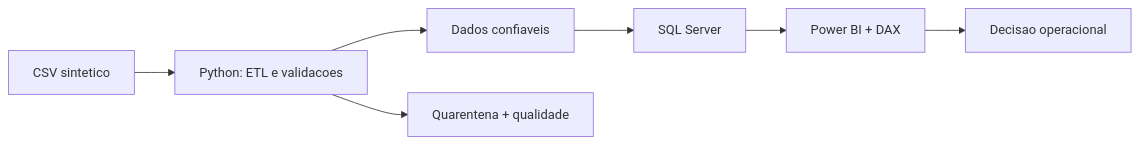
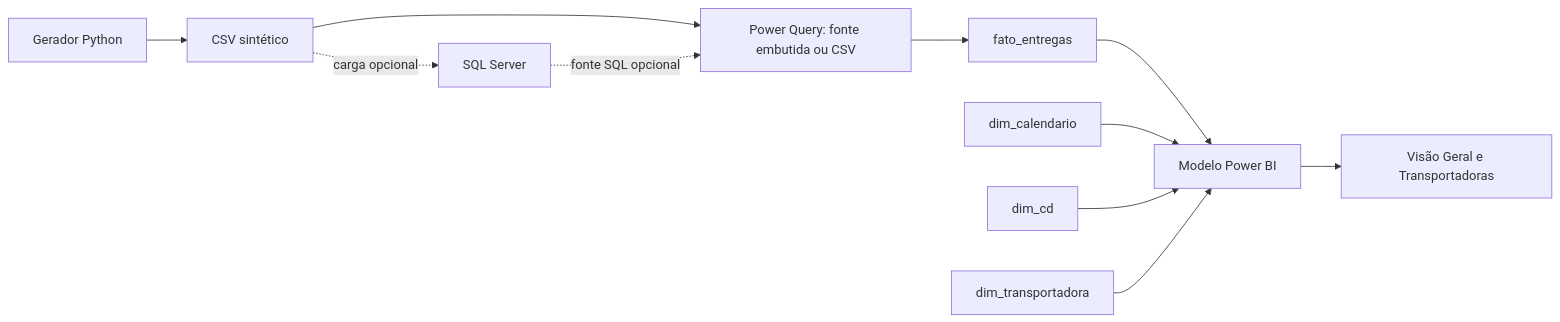
Before and after one commit to BrunoCosta-bi/last-mile-analytics: the diagram in README.md, drawn with Mermaid. The commit also changed other lines of this file and 163 other files, not shown here.

````diff
--- a/README.md
+++ b/README.md
@@ -11,9 +76,13 @@
 ```mermaid
 flowchart LR
-    A[CSV sintetico] --> B[Python: ETL e validacoes]
-    B --> C[Dados confiaveis]
-    B --> D[Quarentena + qualidade]
-    C --> E[SQL Server]
-    E --> F[Power BI + DAX]
-    F --> G[Decisao operacional]
+    A[Gerador Python] --> B[CSV sintético]
+    B --> C[Power Query: fonte embutida ou CSV]
+    B -. carga opcional .-> D[SQL Server]
+    D -. fonte SQL opcional .-> C
+    C --> E[fato_entregas]
+    E --> F[Modelo Power BI]
+    G[dim_calendario] --> F
+    H[dim_cd] --> F
+    I[dim_transportadora] --> F
+    F --> J[Visão Geral e Transportadoras]
 ```
````
